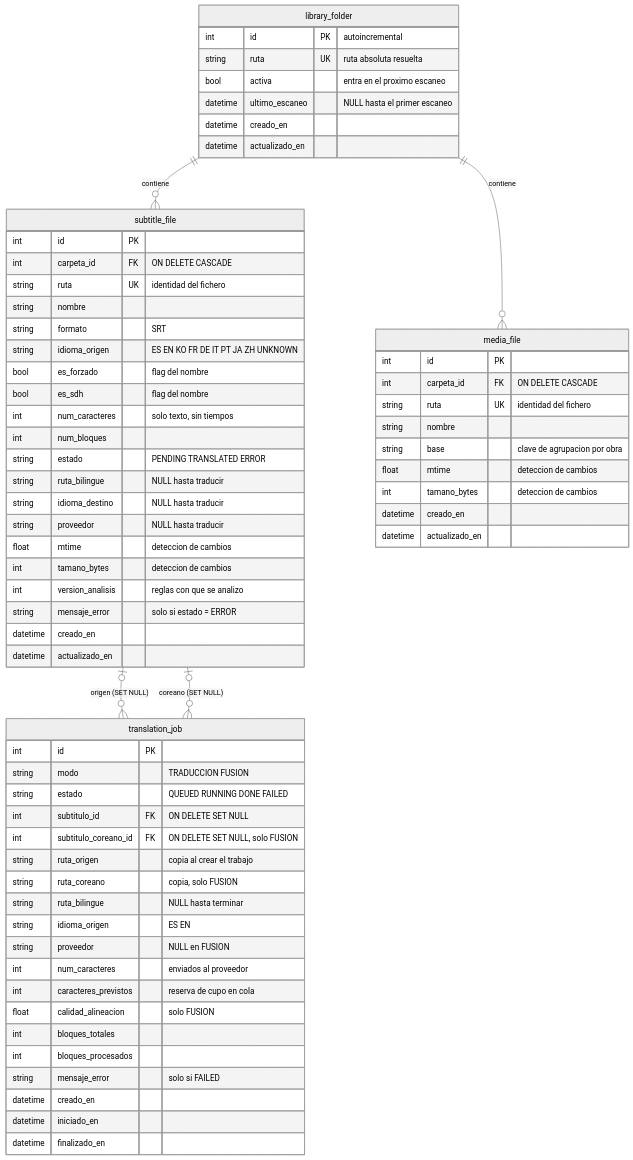
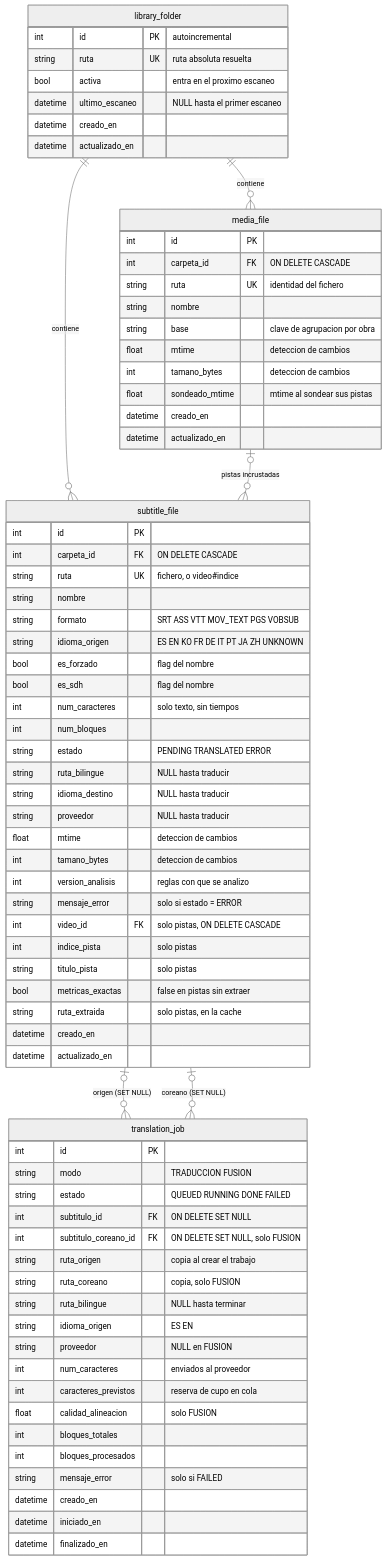
The diagram in docs/modelo-datos.md (C4rl3s/srt-bilingual), drawn with Mermaid (neutral theme) before and after one commit. The commit also changed other lines of this file and 32 other files, not shown here.

First line of the commit message:
feat: sondeo de pistas incrustadas en los videos (Fase 5, hito 1)

````diff
--- a/docs/modelo-datos.md
+++ b/docs/modelo-datos.md
@@ -29,73 +30,80 @@
 ```mermaid
 erDiagram
     library_folder ||--o{ subtitle_file : "contiene"
     library_folder ||--o{ media_file : "contiene"
+    media_file |o--o{ subtitle_file : "pistas incrustadas"
     subtitle_file |o--o{ translation_job : "origen (SET NULL)"
     subtitle_file |o--o{ translation_job : "coreano (SET NULL)"
 
     translation_job {
         int      id                   PK
         string   modo                    "TRADUCCION FUSION"
         string   estado                  "QUEUED RUNNING DONE FAILED"
         int      subtitulo_id         FK "ON DELETE SET NULL"
         int      subtitulo_coreano_id FK "ON DELETE SET NULL, solo FUSION"
         string   ruta_origen             "copia al crear el trabajo"
         string   ruta_coreano            "copia, solo FUSION"
         string   ruta_bilingue           "NULL hasta terminar"
         string   idioma_origen           "ES EN"
         string   proveedor               "NULL en FUSION"
         int      num_caracteres          "enviados al proveedor"
         int      caracteres_previstos    "reserva de cupo en cola"
         float    calidad_alineacion      "solo FUSION"
         int      bloques_totales
         int      bloques_procesados
         string   mensaje_error           "solo si FAILED"
         datetime creado_en
         datetime iniciado_en
         datetime finalizado_en
     }
 
     media_file {
         int      id             PK
         int      carpeta_id     FK "ON DELETE CASCADE"
         string   ruta           UK "identidad del fichero"
         string   nombre
         string   base              "clave de agrupacion por obra"
         float    mtime             "deteccion de cambios"
         int      tamano_bytes      "deteccion de cambios"
+        float    sondeado_mtime    "mtime al sondear sus pistas"
         datetime creado_en
         datetime actualizado_en
     }
 
     library_folder {
         int      id             PK "autoincremental"
         string   ruta           UK "ruta absoluta resuelta"
         bool     activa            "entra en el proximo escaneo"
         datetime ultimo_escaneo    "NULL hasta el primer escaneo"
         datetime creado_en
         datetime actualizado_en
     }
 
     subtitle_file {
         int      id             PK
         int      carpeta_id     FK "ON DELETE CASCADE"
-        string   ruta           UK "identidad del fichero"
+        string   ruta           UK "fichero, o video#indice"
         string   nombre
-        string   formato           "SRT"
+        string   formato           "SRT ASS VTT MOV_TEXT PGS VOBSUB"
         string   idioma_origen     "ES EN KO FR DE IT PT JA ZH UNKNOWN"
         bool     es_forzado        "flag del nombre"
         bool     es_sdh            "flag del nombre"
         int      num_caracteres    "solo texto, sin tiempos"
         int      num_bloques
         string   estado            "PENDING TRANSLATED ERROR"
         string   ruta_bilingue     "NULL hasta traducir"
         string   idioma_destino    "NULL hasta traducir"
         string   proveedor         "NULL hasta traducir"
         float    mtime             "deteccion de cambios"
         int      tamano_bytes      "deteccion de cambios"
         int      version_analisis  "reglas con que se analizo"
         string   mensaje_error     "solo si estado = ERROR"
+        int      video_id       FK "solo pistas, ON DELETE CASCADE"
+        int      indice_pista      "solo pistas"
+        string   titulo_pista      "solo pistas"
+        bool     metricas_exactas  "false en pistas sin extraer"
+        string   ruta_extraida     "solo pistas, en la cache"
         datetime creado_en
         datetime actualizado_en
     }
 ```
````
